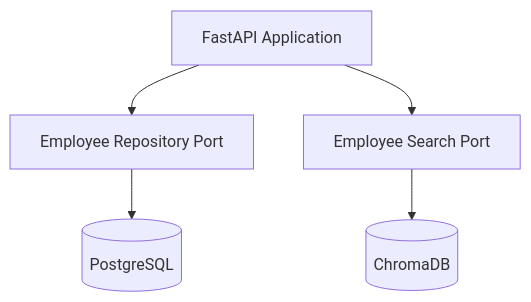
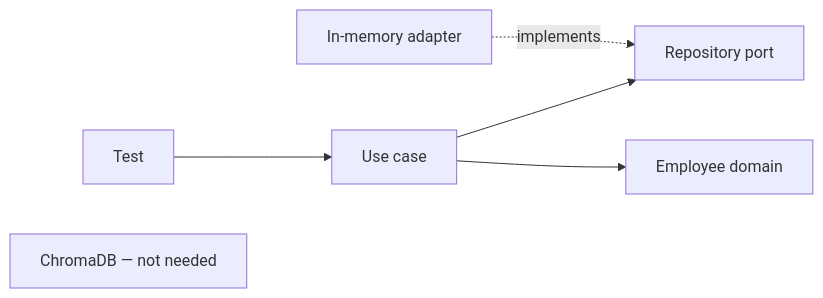
Diagram 12 of 12 in course3/instructions.md (Thommans-Playground/coursera-IBM-RAG-Agentic-AI-Professional-Certificate), drawn with Mermaid before and after one commit. The commit also changed other lines of this file, not shown here.

````diff
--- a/course3/instructions.md
+++ b/course3/instructions.md
@@ -925,9 +717,8 @@
 ```mermaid
-flowchart TD
-    A["FastAPI Application"]
-    A --> B["Employee Repository Port"]
-    A --> C["Employee Search Port"]
-
-    B --> P[("PostgreSQL")]
-    C --> CH[("ChromaDB")]
+flowchart LR
+    T["Test"] --> U["Use case"]
+    U --> P["Repository port"]
+    M["In-memory adapter"] -. implements .-> P
+    U --> D["Employee domain"]
+    X["ChromaDB — not needed"]
 ```
````
